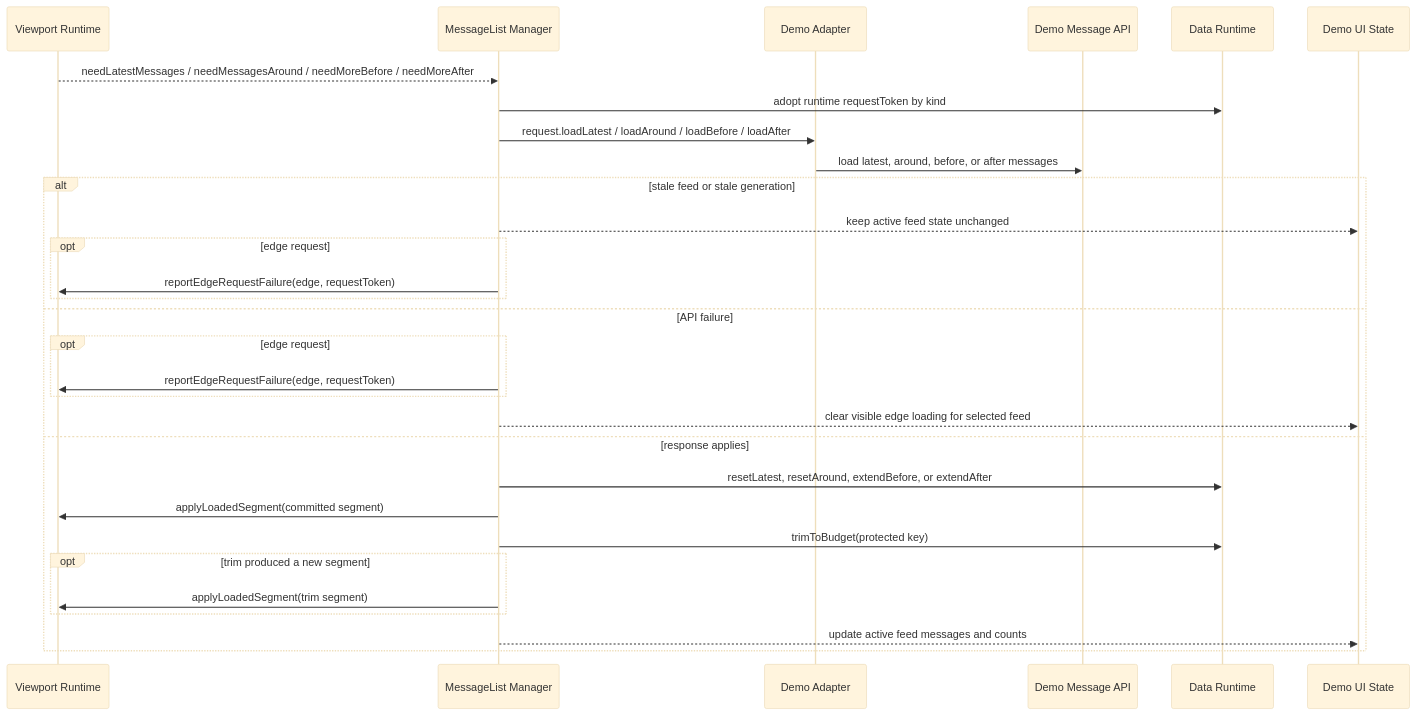
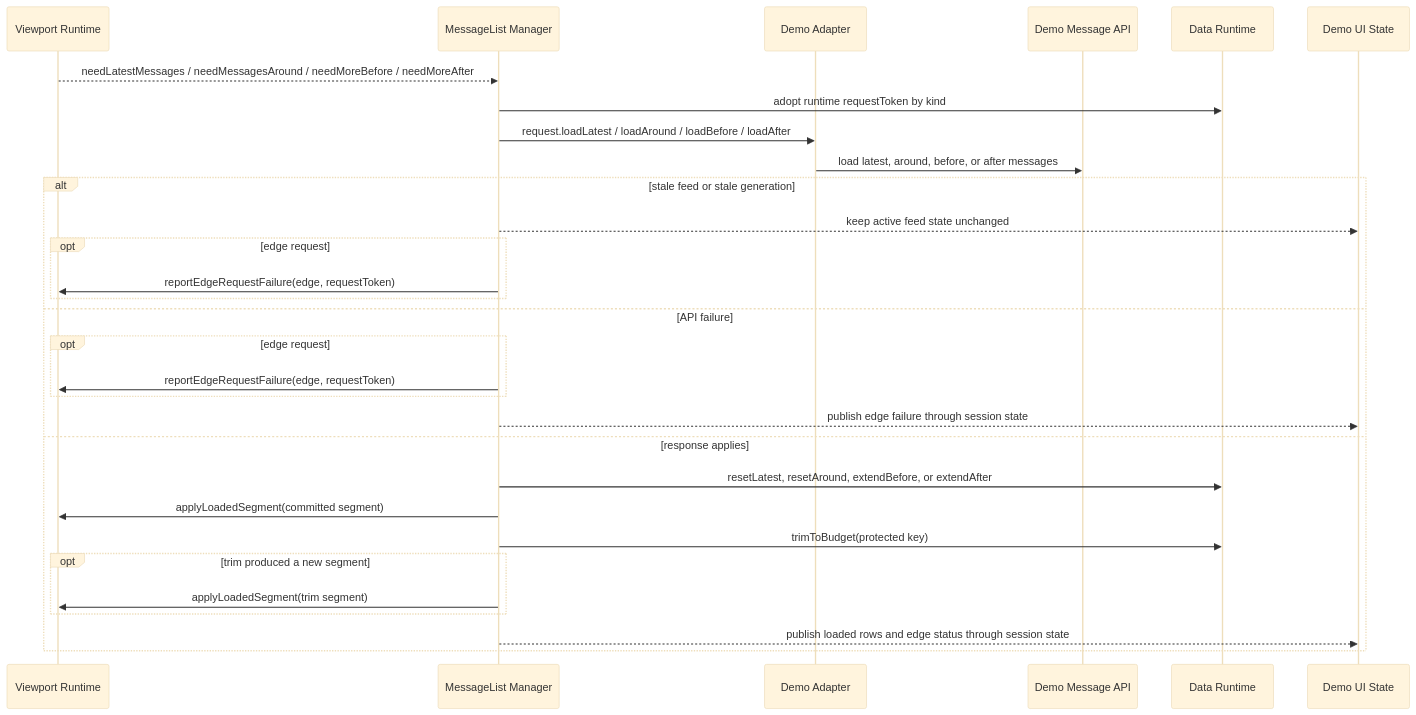
The first of 2 diagrams in docs/graph/demo-and-e2e.md (LouisGo/XMessageList), drawn with Mermaid (base theme) before and after one commit. The commit also changed other lines of this file and 35 other files, not shown here.

````diff
--- a/docs/graph/demo-and-e2e.md
+++ b/docs/graph/demo-and-e2e.md
@@ -5,34 +5,34 @@
 ```mermaid
 sequenceDiagram
   participant Runtime as Viewport Runtime
   participant Manager as MessageList Manager
   participant Adapter as Demo Adapter
   participant API as Demo Message API
   participant Data as Data Runtime
   participant UI as Demo UI State
 
   Runtime-->>Manager: needLatestMessages / needMessagesAround / needMoreBefore / needMoreAfter
   Manager->>Data: adopt runtime requestToken by kind
   Manager->>Adapter: request.loadLatest / loadAround / loadBefore / loadAfter
   Adapter->>API: load latest, around, before, or after messages
 
   alt stale feed or stale generation
     Manager-->>UI: keep active feed state unchanged
     opt edge request
       Manager->>Runtime: reportEdgeRequestFailure(edge, requestToken)
     end
   else API failure
     opt edge request
       Manager->>Runtime: reportEdgeRequestFailure(edge, requestToken)
     end
-    Manager-->>UI: clear visible edge loading for selected feed
+    Manager-->>UI: publish edge failure through session state
   else response applies
     Manager->>Data: resetLatest, resetAround, extendBefore, or extendAfter
     Manager->>Runtime: applyLoadedSegment(committed segment)
     Manager->>Data: trimToBudget(protected key)
     opt trim produced a new segment
       Manager->>Runtime: applyLoadedSegment(trim segment)
     end
-    Manager-->>UI: update active feed messages and counts
+    Manager-->>UI: publish loaded rows and edge status through session state
   end
 ```
````
